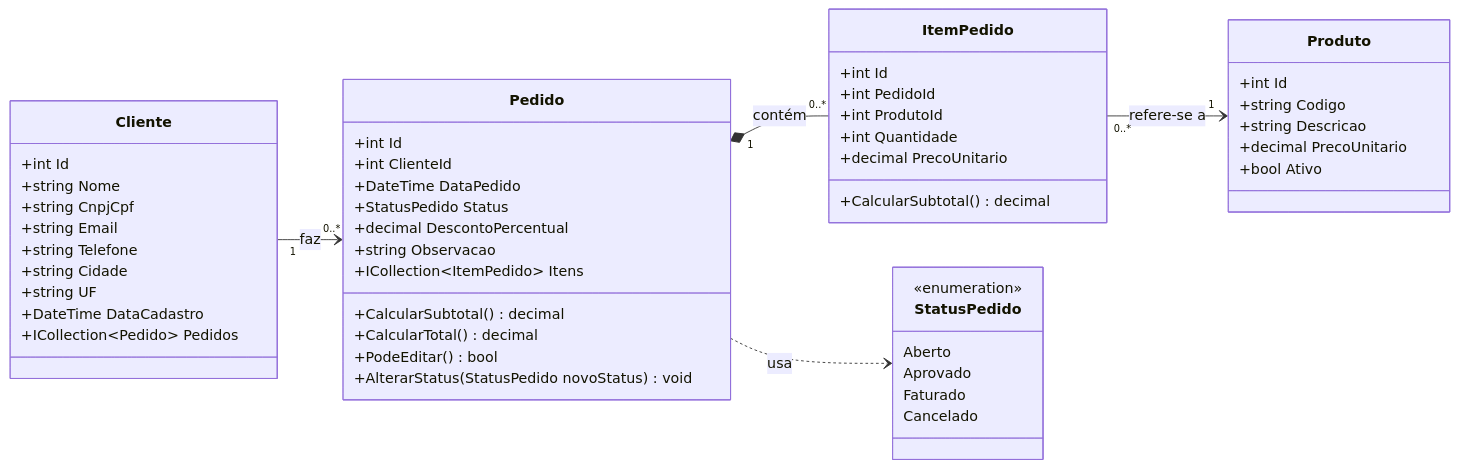
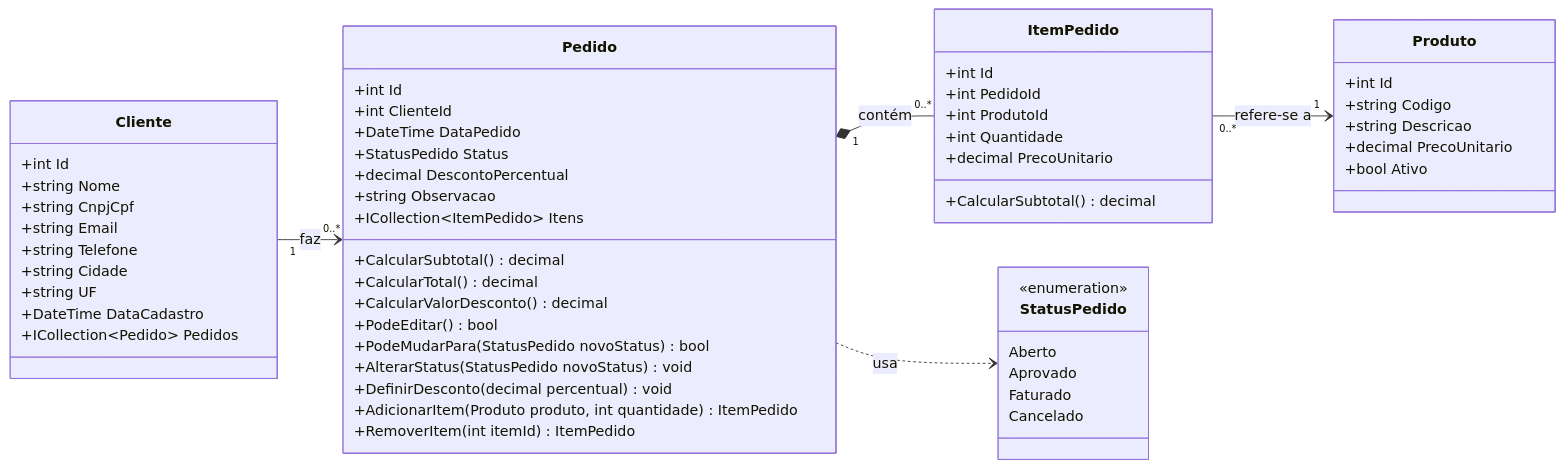
One commit to Eduardo-Menzel/pedidofacil changed the first of 2 diagrams in docs/01-situacao-1-planejamento/03-uml/classes.md. Above: the diagram before and after it, drawn with Mermaid. The commit also changed other lines of this file and 70 other files, not shown here.

````diff
--- a/docs/01-situacao-1-planejamento/03-uml/classes.md
+++ b/docs/01-situacao-1-planejamento/03-uml/classes.md
@@ -7,60 +7,65 @@
 ```mermaid
 classDiagram
     direction LR
 
     class Cliente {
         +int Id
         +string Nome
         +string CnpjCpf
         +string Email
         +string Telefone
         +string Cidade
         +string UF
         +DateTime DataCadastro
         +ICollection~Pedido~ Pedidos
     }
 
     class Produto {
         +int Id
         +string Codigo
         +string Descricao
         +decimal PrecoUnitario
         +bool Ativo
     }
 
     class Pedido {
         +int Id
         +int ClienteId
         +DateTime DataPedido
         +StatusPedido Status
         +decimal DescontoPercentual
         +string Observacao
         +ICollection~ItemPedido~ Itens
         +CalcularSubtotal() decimal
         +CalcularTotal() decimal
+        +CalcularValorDesconto() decimal
         +PodeEditar() bool
+        +PodeMudarPara(StatusPedido novoStatus) bool
         +AlterarStatus(StatusPedido novoStatus) void
+        +DefinirDesconto(decimal percentual) void
+        +AdicionarItem(Produto produto, int quantidade) ItemPedido
+        +RemoverItem(int itemId) ItemPedido
     }
 
     class ItemPedido {
         +int Id
         +int PedidoId
         +int ProdutoId
         +int Quantidade
         +decimal PrecoUnitario
         +CalcularSubtotal() decimal
     }
 
     class StatusPedido {
         <<enumeration>>
         Aberto
         Aprovado
         Faturado
         Cancelado
     }
 
     Cliente "1" --> "0..*" Pedido : faz
     Pedido "1" *-- "0..*" ItemPedido : contém
     ItemPedido "0..*" --> "1" Produto : refere-se a
     Pedido ..> StatusPedido : usa
 ```
````
